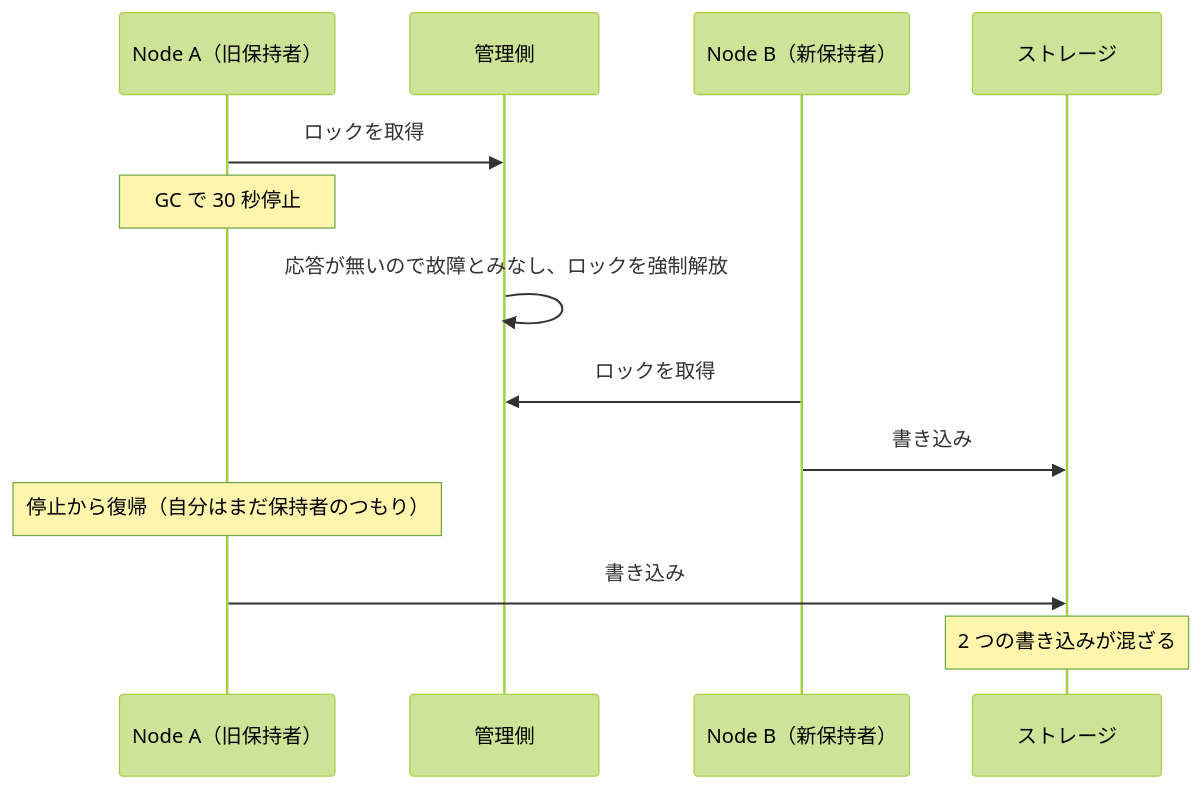
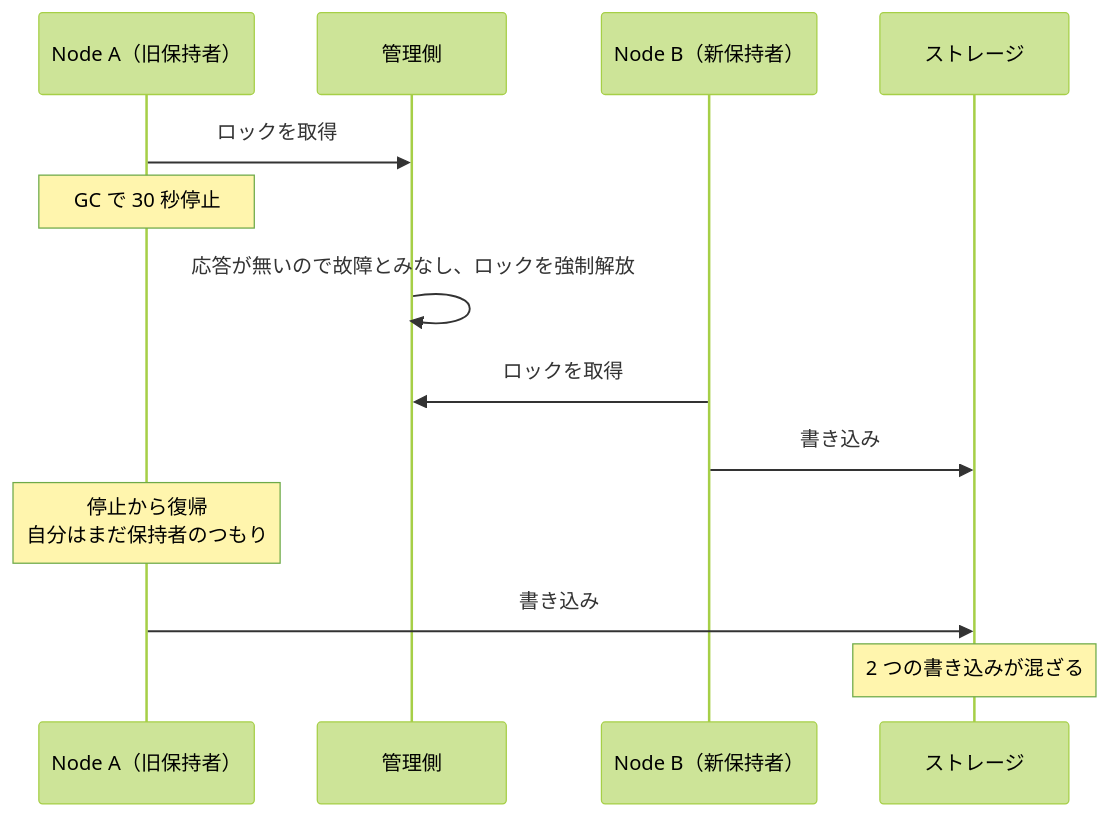
Before and after one commit to nao1215/debimate: the second of 4 diagrams in content/notes/distributed-systems/lease/index.md, drawn with Mermaid (forest theme). The commit also changed other lines of this file and 1 other file, not shown here.

Commit message:
style(notes): drop filler "no gawa" wording and wrap long mermaid notes
The phrase "~ no gawa" adds no information and blurs the subject. Long
mermaid Note labels are clipped because their width is bound by the
participant spacing, so break them with <br/>.

````diff
--- a/content/notes/distributed-systems/lease/index.md
+++ b/content/notes/distributed-systems/lease/index.md
@@ -35,15 +35,15 @@
 ```mermaid
 sequenceDiagram
     participant A as Node A（旧保持者）
     participant M as 管理側
     participant B as Node B（新保持者）
     participant S as ストレージ
     A->>M: ロックを取得
     Note over A: GC で 30 秒停止
     M->>M: 応答が無いので故障とみなし、ロックを強制解放
     B->>M: ロックを取得
     B->>S: 書き込み
-    Note over A: 停止から復帰（自分はまだ保持者のつもり）
+    Note over A: 停止から復帰<br/>自分はまだ保持者のつもり
     A->>S: 書き込み
     Note over S: 2 つの書き込みが混ざる
 ```
````
